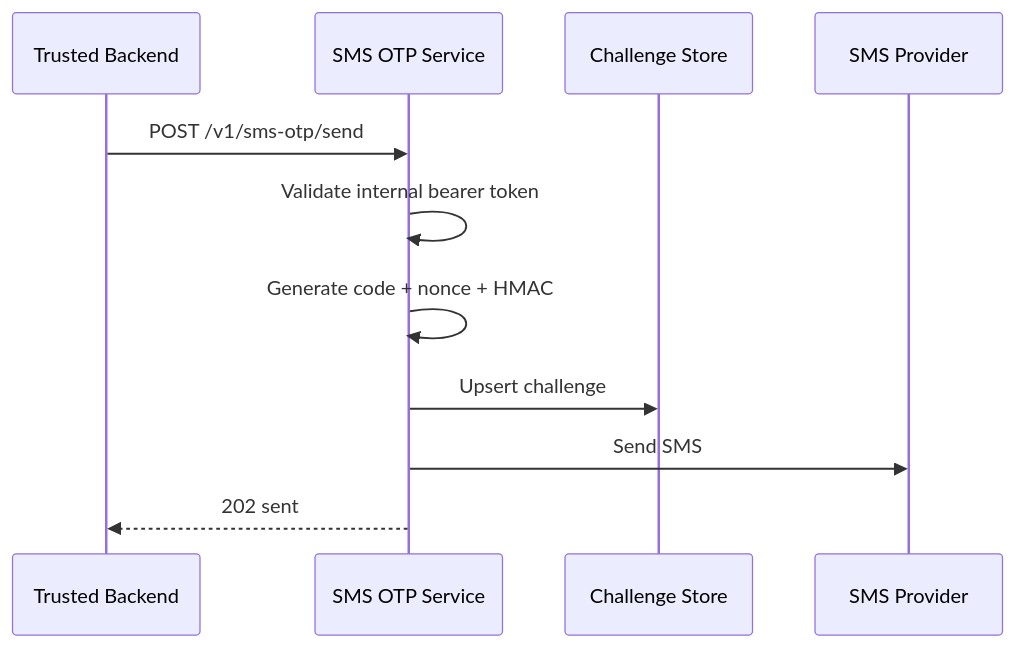
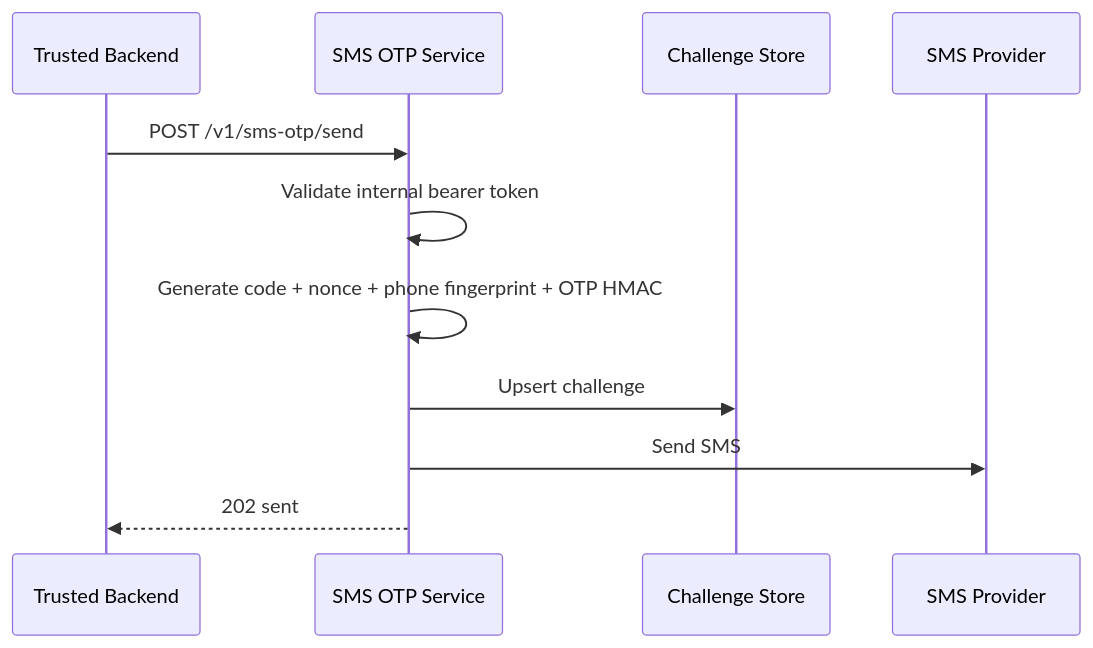
The third of 5 diagrams in docs/architecture.md (inceptionlabscorp/sms-otp-factor-service), drawn with Mermaid before and after one commit. The commit also changed other lines of this file and 20 other files, not shown here.

Commit message:
feat: harden sms otp service for NIST deployments

````diff
--- a/docs/architecture.md
+++ b/docs/architecture.md
@@ -122,14 +123,14 @@
 ```mermaid
 sequenceDiagram
   participant Backend as Trusted Backend
   participant Service as SMS OTP Service
   participant Store as Challenge Store
   participant Provider as SMS Provider
 
   Backend->>Service: POST /v1/sms-otp/send
   Service->>Service: Validate internal bearer token
-  Service->>Service: Generate code + nonce + HMAC
+  Service->>Service: Generate code + nonce + phone fingerprint + OTP HMAC
   Service->>Store: Upsert challenge
   Service->>Provider: Send SMS
   Service-->>Backend: 202 sent
 ```
````
